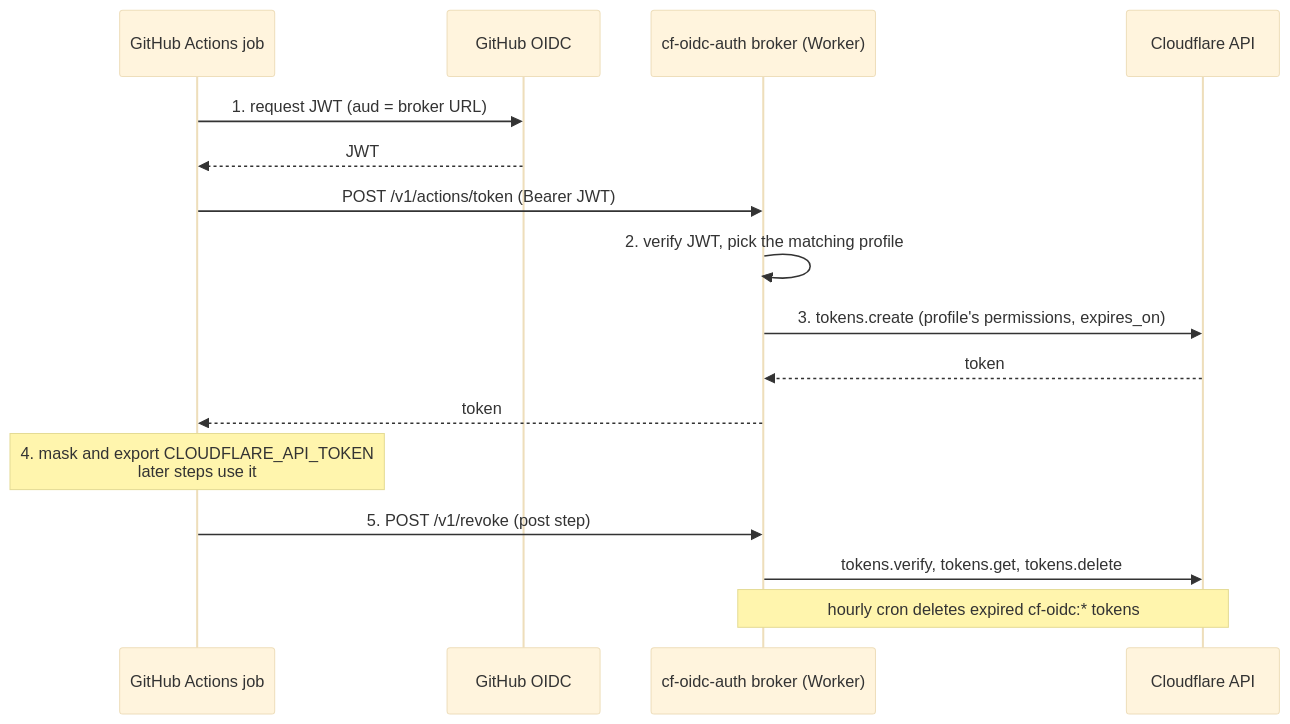
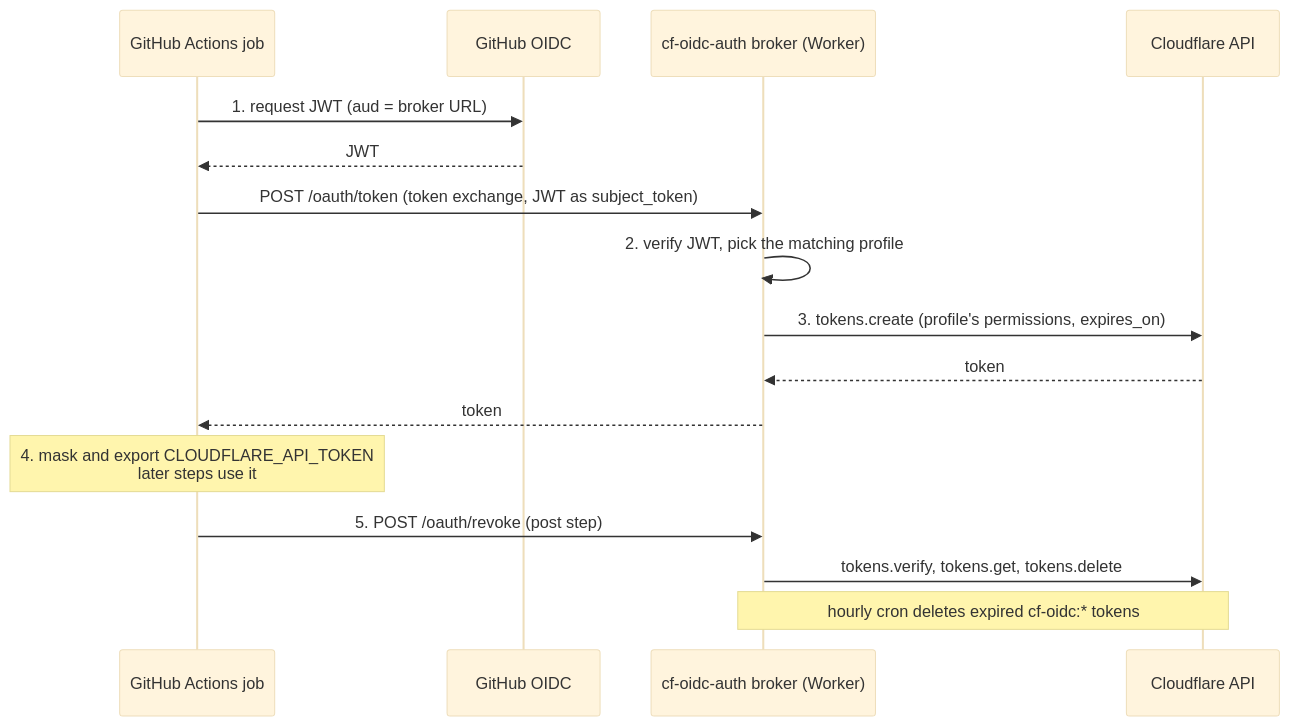
One commit to cf-contrib/cf-auth changed the diagram in README.md. Above: the diagram before and after it, drawn with Mermaid (base theme). The commit also changed 15 other files, not shown here.

First line of the commit message:
feat!: OAuth endpoints: token exchange at /oauth/token, revocation at /oauth/revoke (#36)

````diff
--- a/README.md
+++ b/README.md
@@ -40,19 +40,19 @@
 ```mermaid
 sequenceDiagram
     participant Job as GitHub Actions job
     participant OIDC as GitHub OIDC
     participant Broker as cf-oidc-auth broker (Worker)
     participant CF as Cloudflare API
 
     Job->>OIDC: 1. request JWT (aud = broker URL)
     OIDC-->>Job: JWT
-    Job->>Broker: POST /v1/actions/token (Bearer JWT)
+    Job->>Broker: POST /oauth/token (token exchange, JWT as subject_token)
     Broker->>Broker: 2. verify JWT, pick the matching profile
     Broker->>CF: 3. tokens.create (profile's permissions, expires_on)
     CF-->>Broker: token
     Broker-->>Job: token
     Note over Job: 4. mask and export CLOUDFLARE_API_TOKEN<br/>later steps use it
-    Job->>Broker: 5. POST /v1/revoke (post step)
+    Job->>Broker: 5. POST /oauth/revoke (post step)
     Broker->>CF: tokens.verify, tokens.get, tokens.delete
     Note over Broker,CF: hourly cron deletes expired cf-oidc:* tokens
 ```
````
